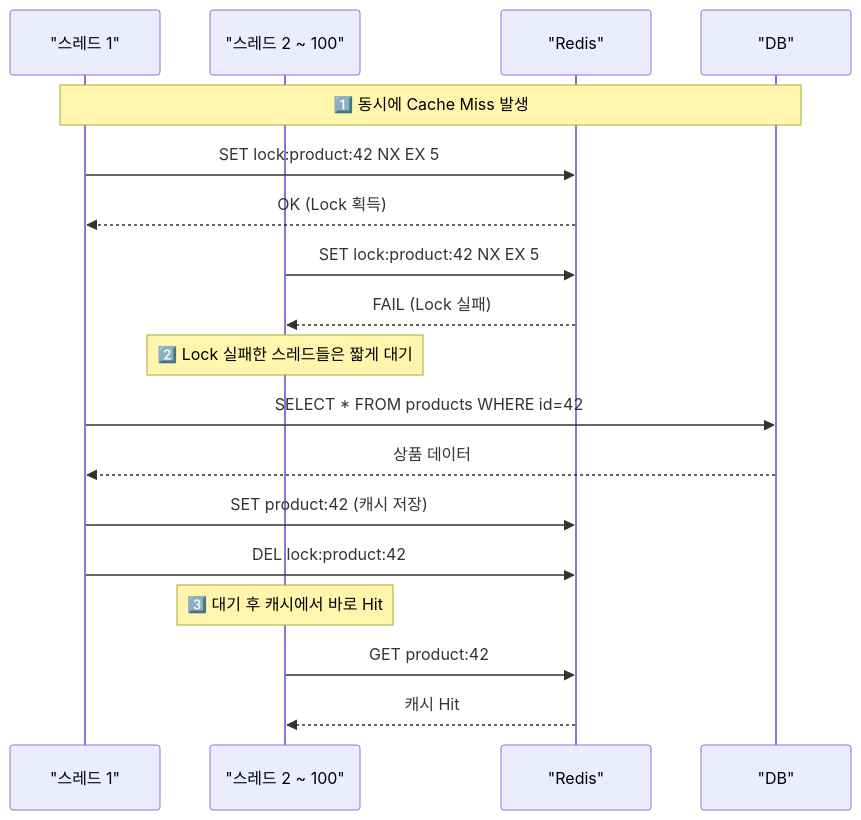
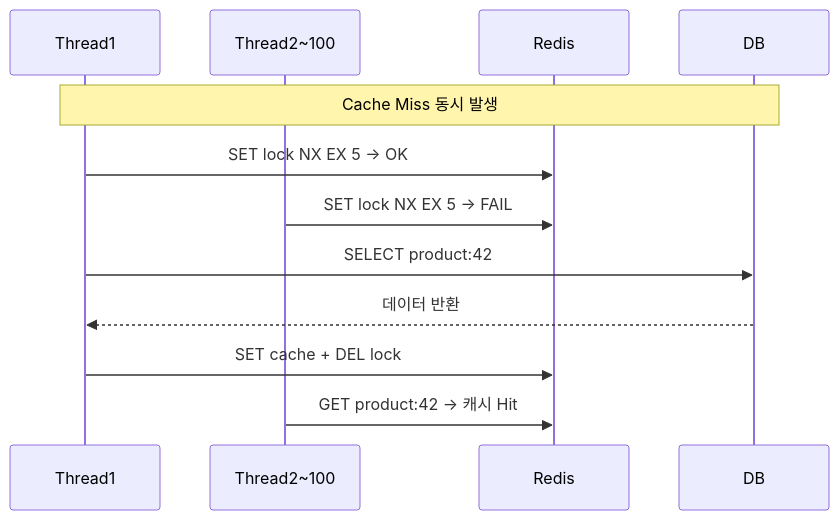
The fourth of 8 diagrams in _posts/caching/2026-05-03-cache-invalidation.md (yjkim2015/yjkim2015.github.io), drawn with Mermaid before and after one commit. The commit also changed other lines of this file and 215 other files, not shown here.

First line of the commit message:
신규 포스트 10개 추가 + Mermaid 전면 축소 + SystemDesign 시리즈 보강

````diff
--- a/_posts/caching/2026-05-03-cache-invalidation.md
+++ b/_posts/caching/2026-05-03-cache-invalidation.md
@@ -265,23 +254,14 @@
 ```mermaid
 sequenceDiagram
-    participant T1 as "스레드 1"
-    participant T2 as "스레드 2 ~ 100"
-    participant Redis as "Redis"
-    participant DB as "DB"
-
-    Note over T1,DB: 1️⃣ 동시에 Cache Miss 발생
-    T1->>Redis: SET lock:product:42 NX EX 5
-    Redis-->>T1: OK (Lock 획득)
-    T2->>Redis: SET lock:product:42 NX EX 5
-    Redis-->>T2: FAIL (Lock 실패)
-
-    Note over T2: 2️⃣ Lock 실패한 스레드들은 짧게 대기
-    T1->>DB: SELECT * FROM products WHERE id=42
-    DB-->>T1: 상품 데이터
-    T1->>Redis: SET product:42 (캐시 저장)
-    T1->>Redis: DEL lock:product:42
-
-    Note over T2: 3️⃣ 대기 후 캐시에서 바로 Hit
-    T2->>Redis: GET product:42
-    Redis-->>T2: 캐시 Hit
+    participant T1 as Thread1
+    participant T2 as Thread2~100
+    participant R as Redis
+    participant DB as DB
+    Note over T1,DB: Cache Miss 동시 발생
+    T1->>R: SET lock NX EX 5 → OK
+    T2->>R: SET lock NX EX 5 → FAIL
+    T1->>DB: SELECT product:42
+    DB-->>T1: 데이터 반환
+    T1->>R: SET cache + DEL lock
+    T2->>R: GET product:42 → 캐시 Hit
 ```
````
